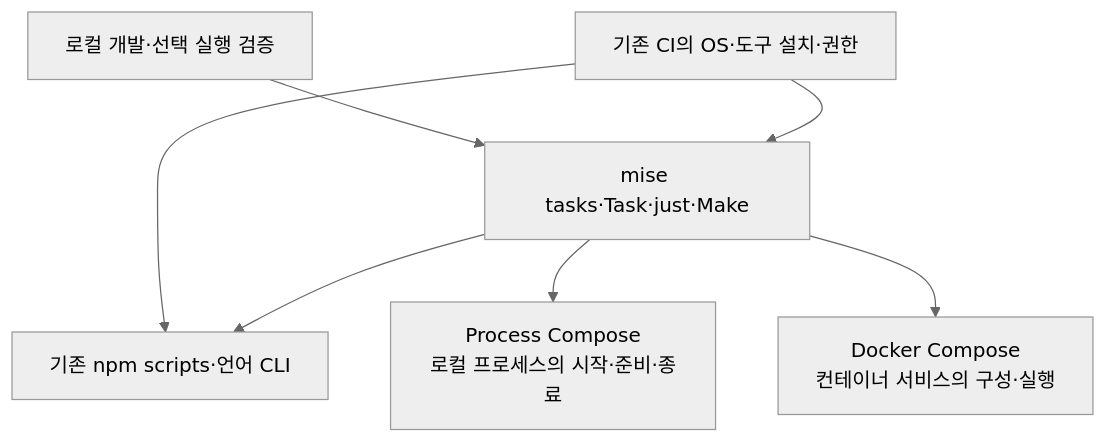
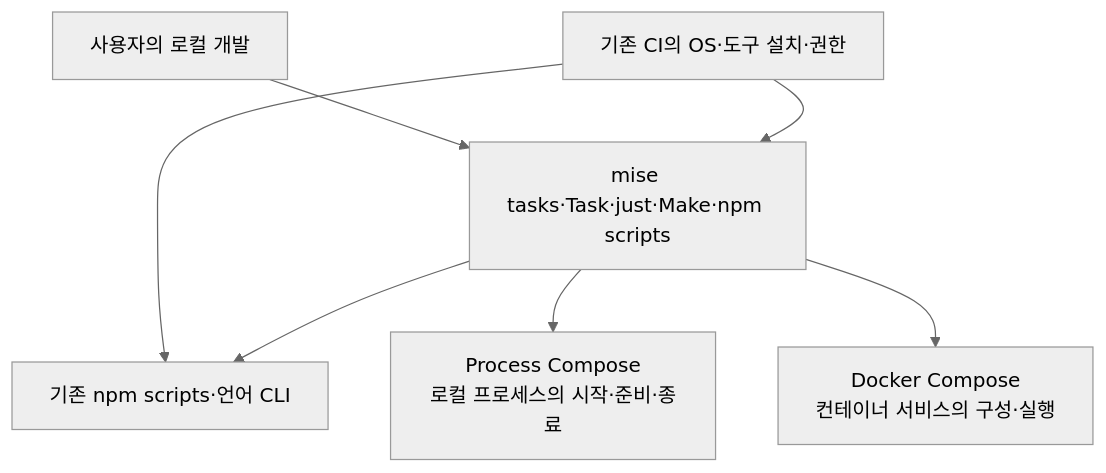
The second of 2 diagrams in docs/task-runners.md (tttaliesin/windows-agent-devkit), drawn with Mermaid (neutral theme) before and after one commit. The commit also changed other lines of this file and 58 other files, not shown here.

````diff
--- a/docs/task-runners.md
+++ b/docs/task-runners.md
@@ -176,9 +176,9 @@
 ```mermaid
 flowchart TB
-    Local["로컬 개발·선택 실행 검증"] --> Runner["mise tasks·Task·just·Make"]
+    Local["사용자의 로컬 개발"] --> Runner["mise tasks·Task·just·Make·npm scripts"]
     CI["기존 CI의 OS·도구 설치·권한"] --> Runner
     CI --> Lang["기존 npm scripts·언어 CLI"]
     Runner --> Lang
     Runner --> PC["Process Compose<br/>로컬 프로세스의 시작·준비·종료"]
     Runner --> DC["Docker Compose<br/>컨테이너 서비스의 구성·실행"]
 ```
````
